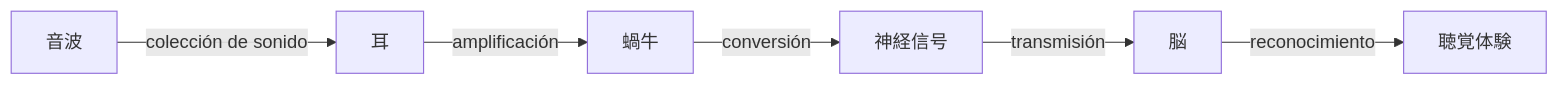
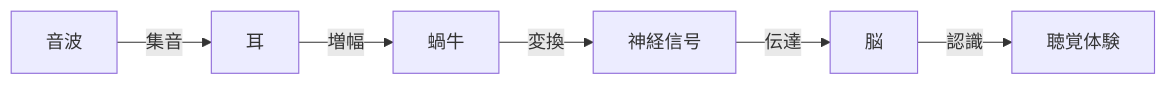
Before and after one commit to monumental-movement/monumental-movement.github.io: the second of 2 diagrams in es/_posts/2025-10-13-Column-Hearing-Health.md, drawn with Mermaid. The commit also changed other lines of this file and 299 other files, not shown here.

```diff
--- a/es/_posts/2025-10-13-Column-Hearing-Health.md
+++ b/es/_posts/2025-10-13-Column-Hearing-Health.md
@@ -120,10 +120,10 @@
 <div class="mermaid">
 
 flowchart LR
-  音波 -->|colección de sonido| 耳
-  耳 -->|amplificación| 蝸牛
-  蝸牛 -->|conversión| 神経信号
-  神経信号 -->|transmisión| 脳
-  脳 -->|reconocimiento| 聴覚体験
+  音波 -->|集音| 耳
+  耳 -->|増幅| 蝸牛
+  蝸牛 -->|変換| 神経信号
+  神経信号 -->|伝達| 脳
+  脳 -->|認識| 聴覚体験
 
 </div>
```
